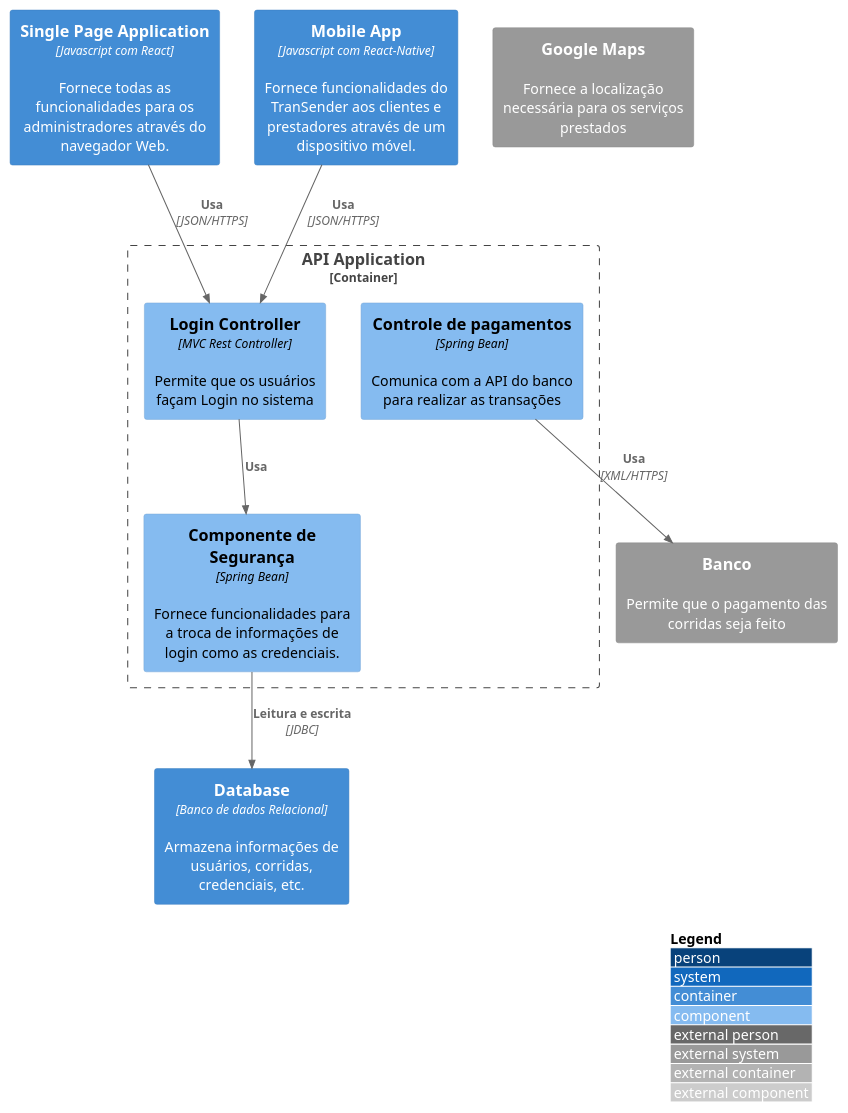
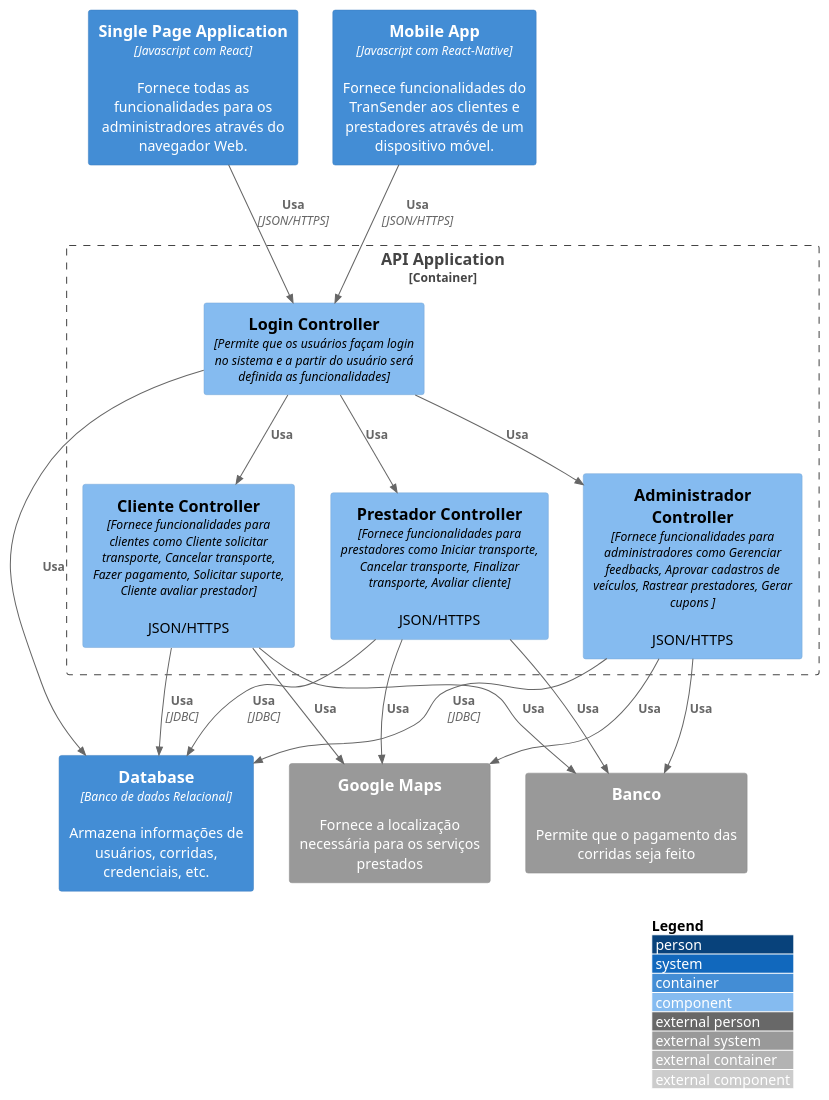
The diagram in Análise e Projeto de Sistemas II/C4 Builder/TranSender/src/TranSender/Container/API Application/container.puml (JaoPedro007/Disciplinas-TSI), drawn with PlantUML before and after one commit. The commit also changed 7 other files, not shown here.

```diff
--- a/Análise e Projeto de Sistemas II/C4 Builder/TranSender/src/TranSender/Container/API Application/container.puml
+++ b/Análise e Projeto de Sistemas II/C4 Builder/TranSender/src/TranSender/Container/API Application/container.puml
@@ -1,26 +1,41 @@
 @startuml APIApplication
 !include https://raw.githubusercontent.com/adrianvlupu/C4-PlantUML/latest/C4_Component.puml
 
 LAYOUT_WITH_LEGEND()
+
 
 Container(spa, "Single Page Application", "Javascript com React", "Fornece todas as funcionalidades para os administradores através do navegador Web.")
 Container(ma, "Mobile App", "Javascript com React-Native", "Fornece funcionalidades do TranSender aos clientes e prestadores através de um dispositivo móvel.")
 Container(db, "Database", "Banco de dados Relacional", "Armazena informações de usuários, corridas, credenciais, etc.")
 System_Ext(banco, "Banco", "Permite que o pagamento das corridas seja feito")
 System_Ext(maps, "Google Maps", "Fornece a localização necessária para os serviços prestados")
 
 
+
 Container_Boundary(api, "API Application") {
-    Component(login, "Login Controller", "MVC Rest Controller", "Permite que os usuários façam Login no sistema")
-    Component(security, "Componente de Segurança", "Spring Bean", "Fornece funcionalidades para a troca de informações de login como as credenciais.")
-    Component(controle_pagamentos, "Controle de pagamentos", "Spring Bean", "Comunica com a API do banco para realizar as transações")
+    Component(login, "Login Controller", "Permite que os usuários façam login no sistema e a partir do usuário será definida as funcionalidades")  
+    Component(clienteController, "Cliente Controller", "Fornece funcionalidades para clientes como Cliente solicitar transporte, Cancelar transporte, Fazer pagamento, Solicitar suporte, Cliente avaliar prestador", "JSON/HTTPS")
+    Component(prestadorController, "Prestador Controller", "Fornece funcionalidades para prestadores como Iniciar transporte, Cancelar transporte, Finalizar transporte, Avaliar cliente", "JSON/HTTPS")
+    Component(adminController, "Administrador Controller", "Fornece funcionalidades para administradores como Gerenciar feedbacks, Aprovar cadastros de veículos, Rastrear prestadores, Gerar cupons ", "JSON/HTTPS")
 
-    Rel(login, security, "Usa")
-    Rel(security, db, "Leitura e escrita", "JDBC")
-    Rel(controle_pagamentos, banco, "Usa", "XML/HTTPS")
+          
+    Rel(login, db, "Usa")
+    Rel(login, adminController, "Usa")
+    Rel(login, clienteController, "Usa")
+    Rel(login, prestadorController, "Usa")
+
+    Rel(clienteController, db, "Usa", "JDBC")
+    Rel(prestadorController, db, "Usa", "JDBC")
+    Rel(adminController, db, "Usa", "JDBC")
 }
+
+Rel(clienteController, maps, "Usa")
+Rel(clienteController, banco, "Usa")
+Rel(prestadorController, maps, "Usa")
+Rel(prestadorController, banco, "Usa")
+Rel(adminController, maps, "Usa")
+Rel(adminController, banco, "Usa")
 
 Rel(spa, login, "Usa", "JSON/HTTPS")
 Rel(ma, login, "Usa", "JSON/HTTPS")
-
 @enduml
```
